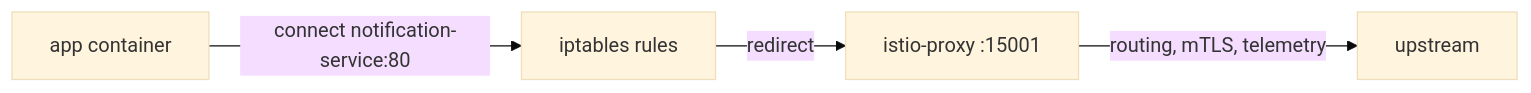
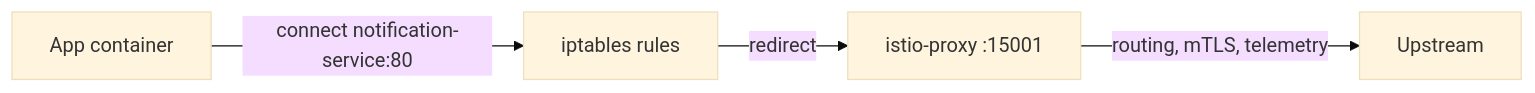
One commit to astrona-io/ATS013 changed the diagram in sections/section-020/module-02/course-03-what-injection-writes.md. Above: the diagram before and after it, drawn with Mermaid (base theme). The commit also changed other lines of this file and 18 other files, not shown here.

````diff
--- a/sections/section-020/module-02/course-03-what-injection-writes.md
+++ b/sections/section-020/module-02/course-03-what-injection-writes.md
@@ -29,6 +22,6 @@
 ```mermaid
 flowchart LR
-    A["app container"] -->|"connect notification-service:80"| T["iptables rules"]
+    A["App container"] -->|"connect notification-service:80"| T["iptables rules"]
     T -->|"redirect"| P["istio-proxy :15001"]
-    P -->|"routing, mTLS, telemetry"| U["upstream"]
+    P -->|"routing, mTLS, telemetry"| U["Upstream"]
 ```
````
